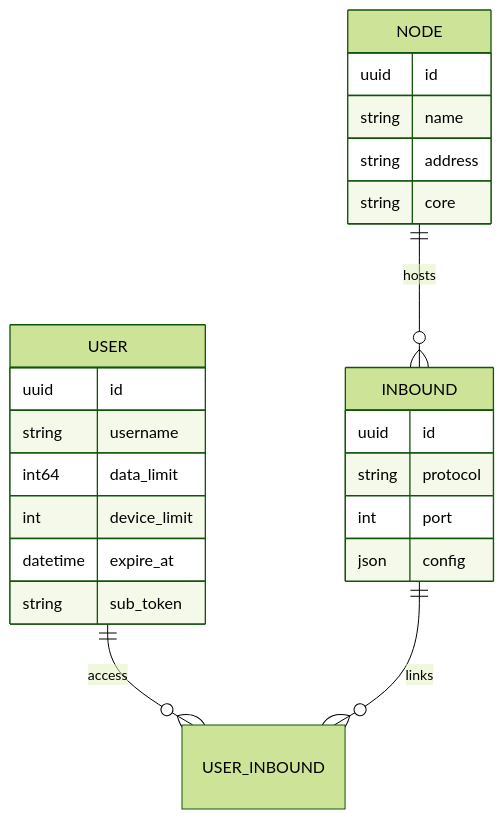
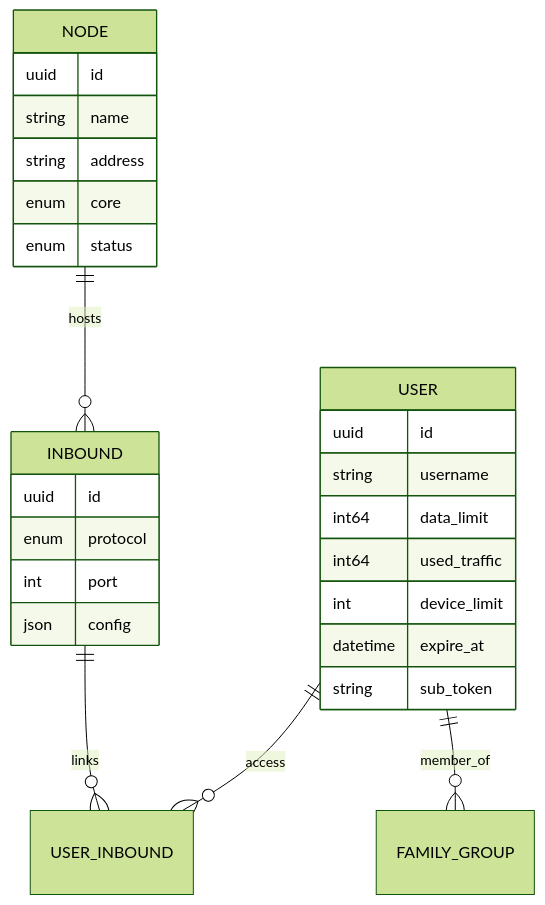
Before and after one commit to iPmartNetwork/VortexUI: the diagram in docs/wiki/en/01-introduction.md, drawn with Mermaid (forest theme). The commit also changed other lines of this file and 146 other files, not shown here.

````diff
--- a/docs/wiki/en/01-introduction.md
+++ b/docs/wiki/en/01-introduction.md
@@ -46,26 +124,29 @@
 ```mermaid
 erDiagram
-    USER ||--o{ USER_INBOUND : "access"
-    NODE ||--o{ INBOUND : "hosts"
-    INBOUND ||--o{ USER_INBOUND : "links"
+    USER ||--o{ USER_INBOUND : access
+    USER ||--o{ FAMILY_GROUP : member_of
+    NODE ||--o{ INBOUND : hosts
+    INBOUND ||--o{ USER_INBOUND : links
     USER {
         uuid id
         string username
         int64 data_limit
+        int64 used_traffic
         int device_limit
         datetime expire_at
         string sub_token
     }
     NODE {
         uuid id
         string name
         string address
-        string core
+        enum core
+        enum status
     }
     INBOUND {
         uuid id
-        string protocol
+        enum protocol
         int port
         json config
     }
 ```
````
